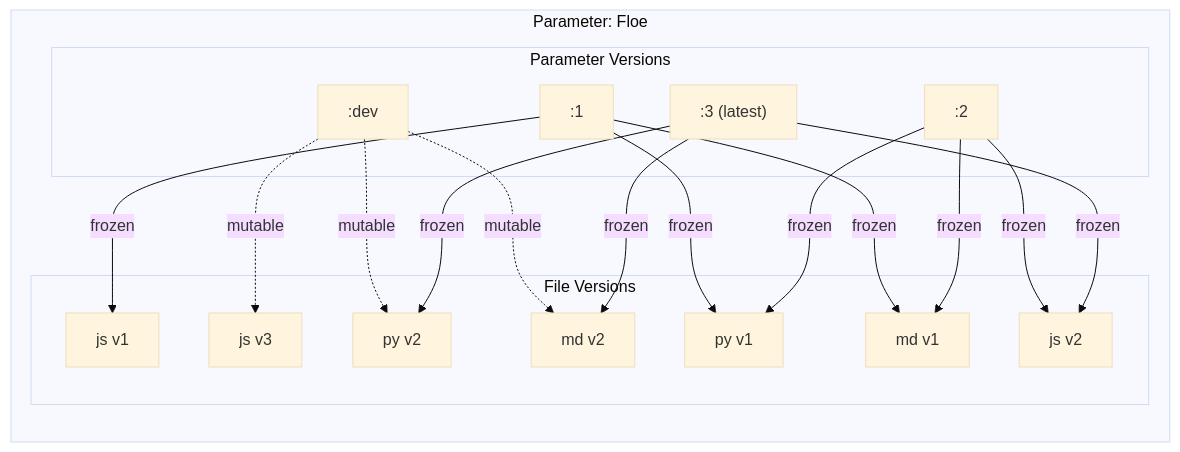
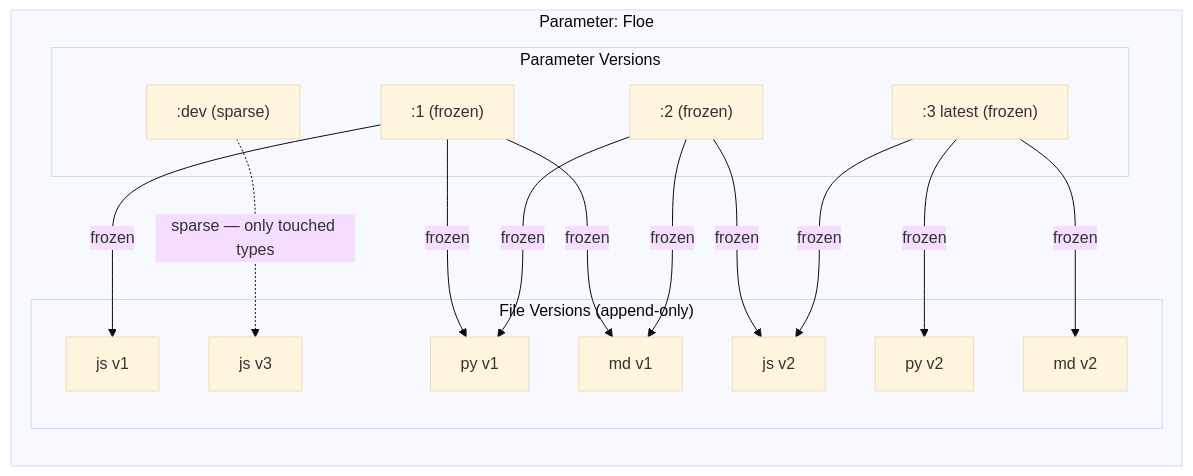
Before and after one commit to anfroholic/parameter_version_tester: the fifth of 11 diagrams in docs/schema.md, drawn with Mermaid (base theme). The commit also changed other lines of this file and 88 other files, not shown here.

````diff
--- a/docs/schema.md
+++ b/docs/schema.md
@@ -219,37 +233,35 @@
 ```mermaid
 flowchart LR
     subgraph "Parameter: Floe"
         subgraph "Parameter Versions"
-            DEV[":dev"]
-            V1[":1"]
-            V2[":2"]
-            V3[":3 (latest)"]
+            DEV[":dev (sparse)"]
+            V1[":1 (frozen)"]
+            V2[":2 (frozen)"]
+            V3[":3 latest (frozen)"]
         end
 
-        subgraph "File Versions"
+        subgraph "File Versions (append-only)"
             JS1["js v1"]
             JS2["js v2"]
             JS3["js v3"]
             PY1["py v1"]
             PY2["py v2"]
             MD1["md v1"]
             MD2["md v2"]
         end
     end
 
-    DEV -.->|mutable| JS3
-    DEV -.->|mutable| PY2
-    DEV -.->|mutable| MD2
+    DEV -.->|"sparse — only touched types"| JS3
 
     V1 -->|frozen| JS1
     V1 -->|frozen| PY1
     V1 -->|frozen| MD1
 
     V2 -->|frozen| JS2
     V2 -->|frozen| PY1
     V2 -->|frozen| MD1
 
     V3 -->|frozen| JS2
     V3 -->|frozen| PY2
     V3 -->|frozen| MD2
 ```
````
